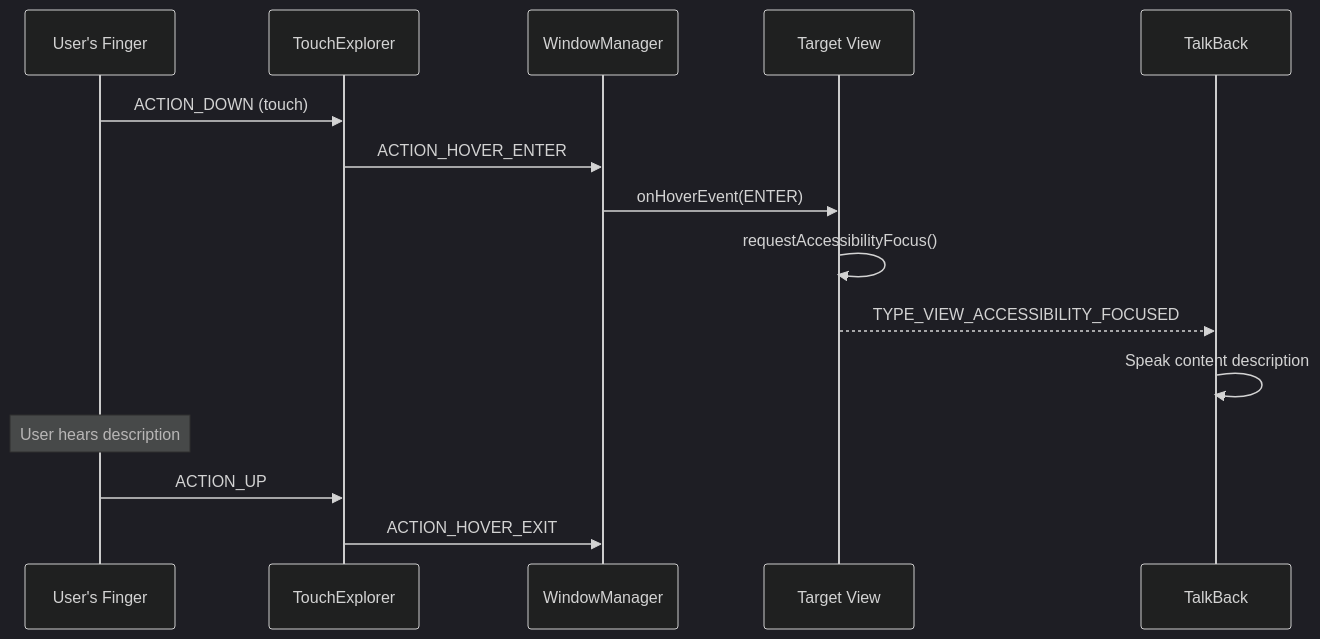
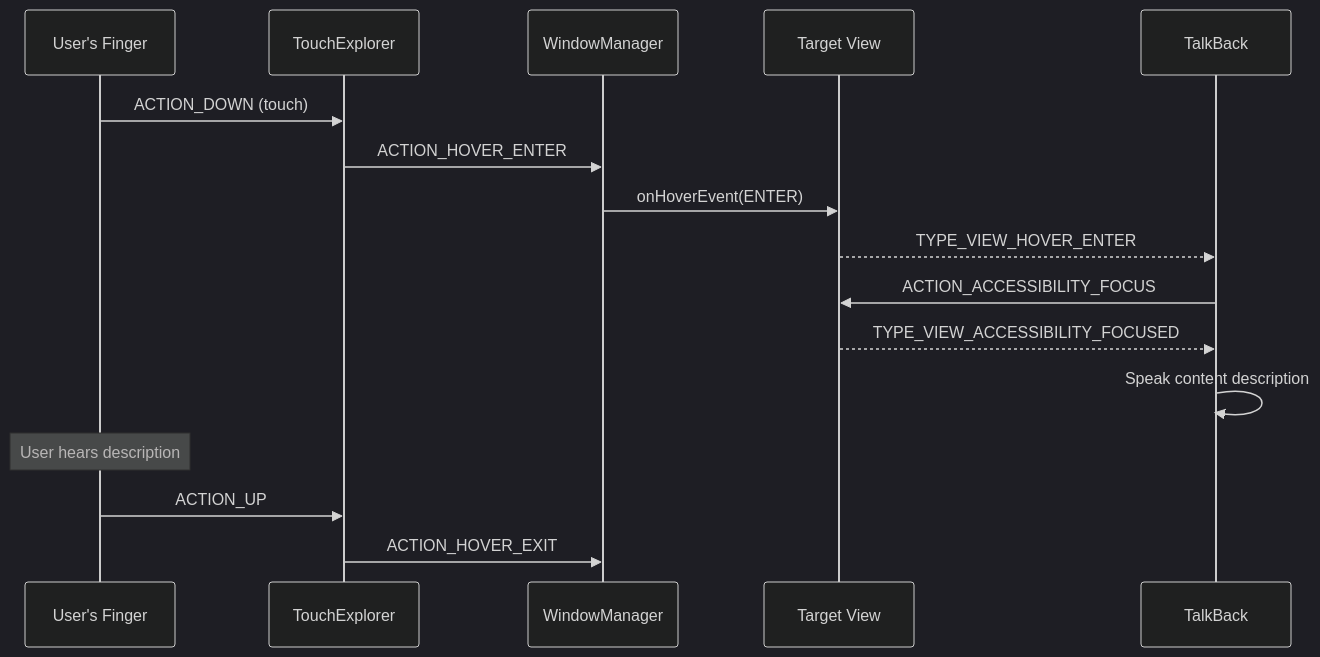
Before and after one commit to aospbooks/aosp-internal-book: diagram 16 of 23 in agents/claude/skills/aosp-ui-framework/46-accessibility.md, drawn with Mermaid (dark theme). The commit also changed other lines of this file and 218 other files, not shown here.

````diff
--- a/agents/claude/skills/aosp-ui-framework/46-accessibility.md
+++ b/agents/claude/skills/aosp-ui-framework/46-accessibility.md
@@ -2468,18 +2496,19 @@
 ```mermaid
 sequenceDiagram
     participant User as User's Finger
     participant TE as TouchExplorer
     participant WM as WindowManager
     participant View as Target View
     participant TB as TalkBack
 
     User->>TE: ACTION_DOWN (touch)
     TE->>WM: ACTION_HOVER_ENTER
     WM->>View: onHoverEvent(ENTER)
-    View->>View: requestAccessibilityFocus()
+    View-->>TB: TYPE_VIEW_HOVER_ENTER
+    TB->>View: ACTION_ACCESSIBILITY_FOCUS
     View-->>TB: TYPE_VIEW_ACCESSIBILITY_FOCUSED
     TB->>TB: Speak content description
     Note over User: User hears description
     User->>TE: ACTION_UP
     TE->>WM: ACTION_HOVER_EXIT
 ```
````
